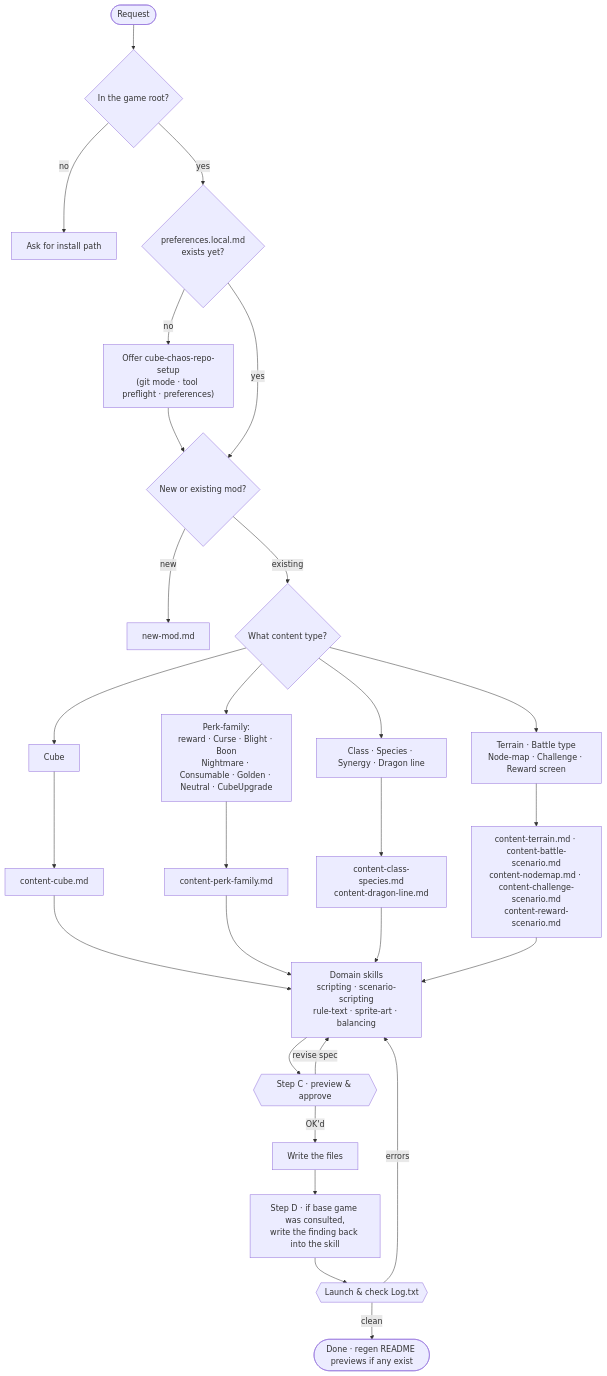
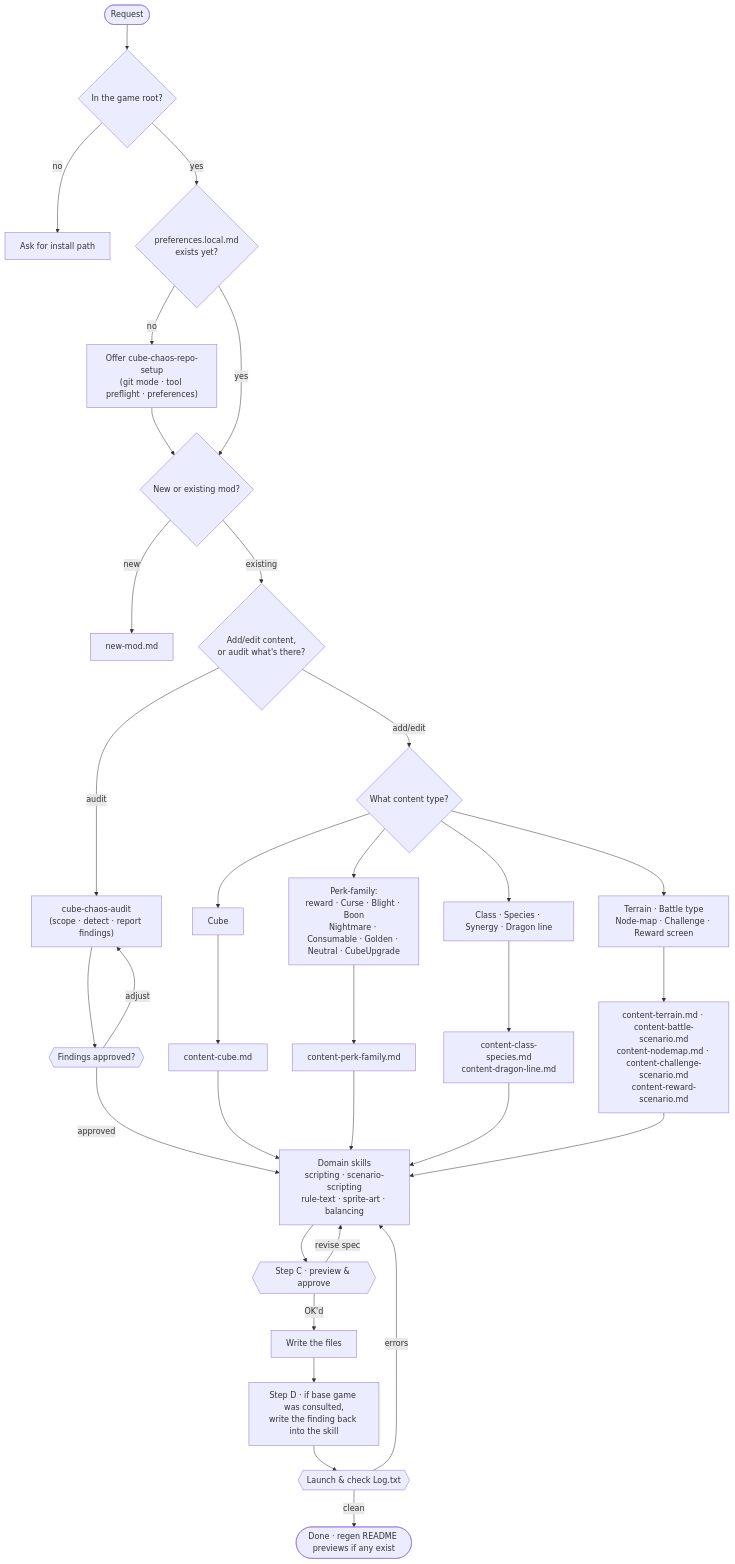
The diagram in WORKFLOW_OVERVIEW.md (Lutscherdieb/ClaudeChaos), drawn with Mermaid before and after one commit. The commit also changed other lines of this file and 4 other files, not shown here.

Commit message:
Analyze existing mod Skill added

````diff
--- a/WORKFLOW_OVERVIEW.md
+++ b/WORKFLOW_OVERVIEW.md
@@ -5,34 +5,39 @@
 ```mermaid
 flowchart TD
     Start(["Request"]) --> Root{"In the game root?"}
     Root -- no --> AskRoot["Ask for install path"]
     Root -- yes --> SetupQ{"preferences.local.md<br/>exists yet?"}
     SetupQ -- no --> SetupOffer["Offer cube-chaos-repo-setup<br/>(git mode &middot; tool preflight &middot; preferences)"]
     SetupOffer --> ModQ
     SetupQ -- yes --> ModQ{"New or existing mod?"}
     ModQ -- new --> NewMod["new-mod.md"]
-    ModQ -- existing --> TypeQ{"What content type?"}
+    ModQ -- existing --> AuditQ{"Add/edit content,<br/>or audit what's there?"}
+    AuditQ -- audit --> Audit["cube-chaos-audit<br/>(scope &middot; detect &middot; report findings)"]
+    Audit --> GateAudit{{"Findings approved?"}}
+    GateAudit -- adjust --> Audit
+    GateAudit -- approved --> Skills
+    AuditQ -- add/edit --> TypeQ{"What content type?"}
 
     TypeQ --> Cube["Cube"]
     TypeQ --> Perk["Perk-family:<br/>reward &middot; Curse &middot; Blight &middot; Boon<br/>Nightmare &middot; Consumable &middot; Golden &middot; Neutral &middot; CubeUpgrade"]
     TypeQ --> ClassSp["Class &middot; Species &middot; Synergy &middot; Dragon line"]
     TypeQ --> Scenario["Terrain &middot; Battle type<br/>Node-map &middot; Challenge &middot; Reward screen"]
 
     Cube --> WCube["content-cube.md"]
     Perk --> WPerk["content-perk-family.md"]
     ClassSp --> WClass["content-class-species.md<br/>content-dragon-line.md"]
     Scenario --> WScenario["content-terrain.md &middot; content-battle-scenario.md<br/>content-nodemap.md &middot; content-challenge-scenario.md<br/>content-reward-scenario.md"]
 
     WCube --> Skills["Domain skills<br/>scripting &middot; scenario-scripting<br/>rule-text &middot; sprite-art &middot; balancing"]
     WPerk --> Skills
     WClass --> Skills
     WScenario --> Skills
 
     Skills --> GateC{{"Step C &middot; preview &amp; approve"}}
     GateC -- revise spec --> Skills
     GateC -- OK'd --> Write["Write the files"]
     Write --> ResearchNote["Step D &middot; if base game was consulted,<br/>write the finding back into the skill"]
     ResearchNote --> GateLaunch{{"Launch &amp; check Log.txt"}}
     GateLaunch -- errors --> Skills
     GateLaunch -- clean --> Done(["Done &middot; regen README previews if any exist"])
 ```
````
